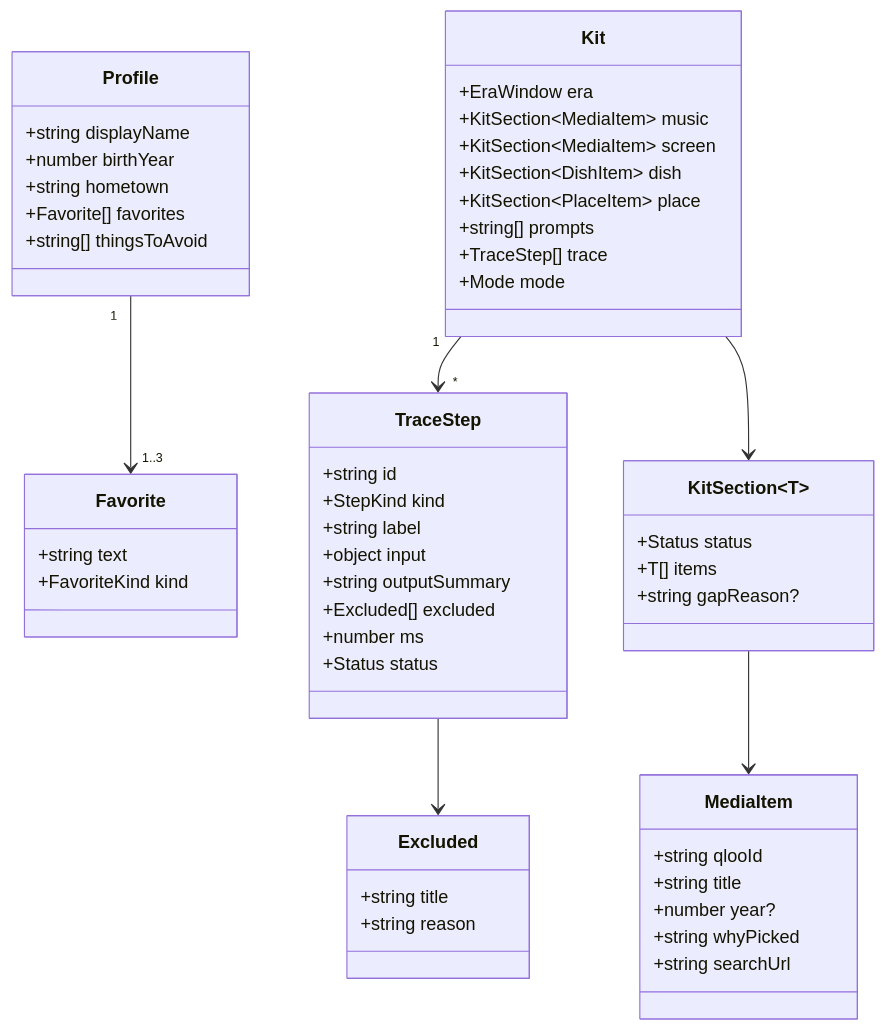
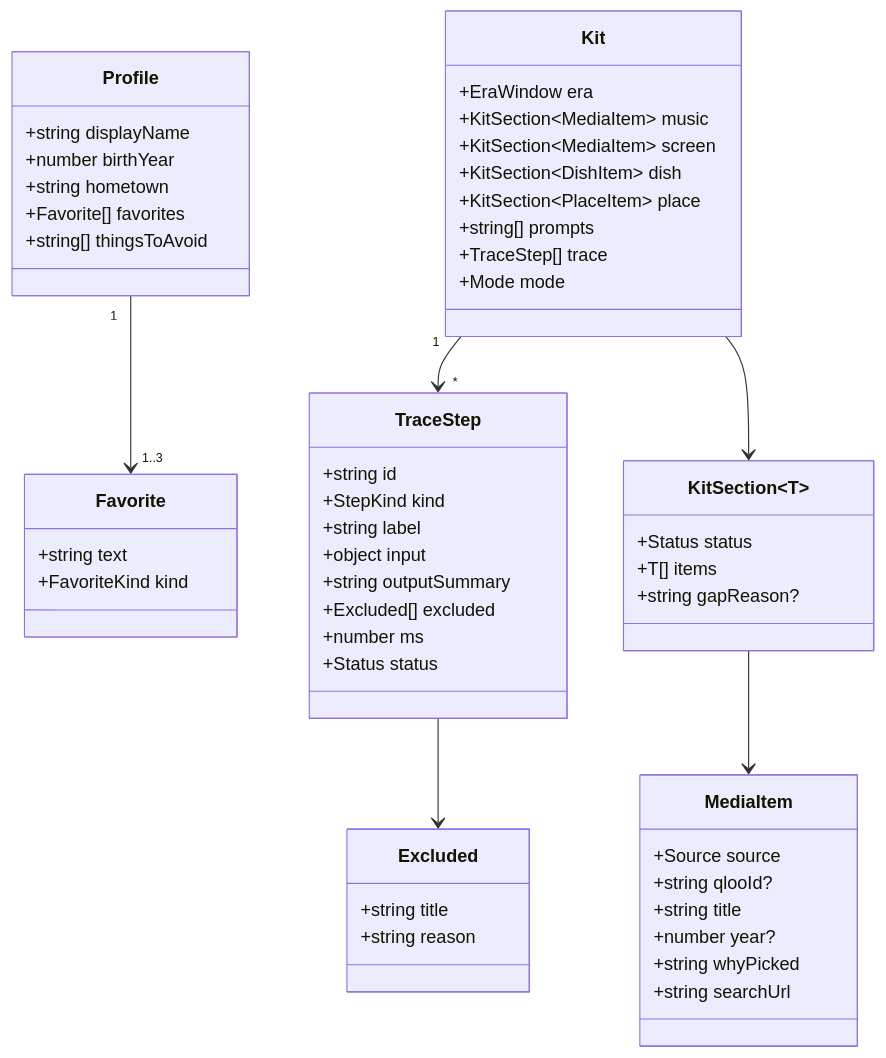
The fifth of 8 diagrams in docs/implementation-plan.md (PrathibhaDevkar/memory-lane), drawn with Mermaid before and after one commit. The commit also changed other lines of this file and 1 other file, not shown here.

````diff
--- a/docs/implementation-plan.md
+++ b/docs/implementation-plan.md
@@ -187,55 +204,56 @@
 ```mermaid
 classDiagram
     class Profile {
         +string displayName
         +number birthYear
         +string hometown
         +Favorite[] favorites
         +string[] thingsToAvoid
     }
     class Favorite {
         +string text
         +FavoriteKind kind
     }
     class Kit {
         +EraWindow era
         +KitSection~MediaItem~ music
         +KitSection~MediaItem~ screen
         +KitSection~DishItem~ dish
         +KitSection~PlaceItem~ place
         +string[] prompts
         +TraceStep[] trace
         +Mode mode
     }
     class KitSection~T~ {
         +Status status
         +T[] items
         +string gapReason?
     }
     class MediaItem {
-        +string qlooId
+        +Source source
+        +string qlooId?
         +string title
         +number year?
         +string whyPicked
         +string searchUrl
     }
     class TraceStep {
         +string id
         +StepKind kind
         +string label
         +object input
         +string outputSummary
         +Excluded[] excluded
         +number ms
         +Status status
     }
     class Excluded {
         +string title
         +string reason
     }
     Profile "1" --> "1..3" Favorite
     Kit "1" --> "*" TraceStep
     Kit --> KitSection
     KitSection --> MediaItem
     TraceStep --> Excluded
 ```
````
